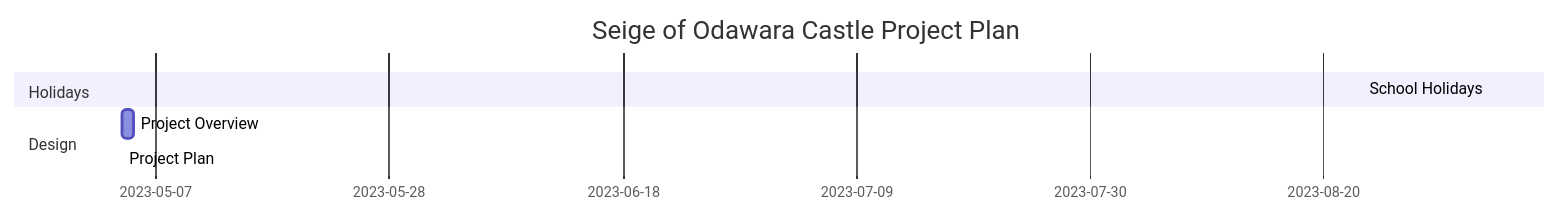
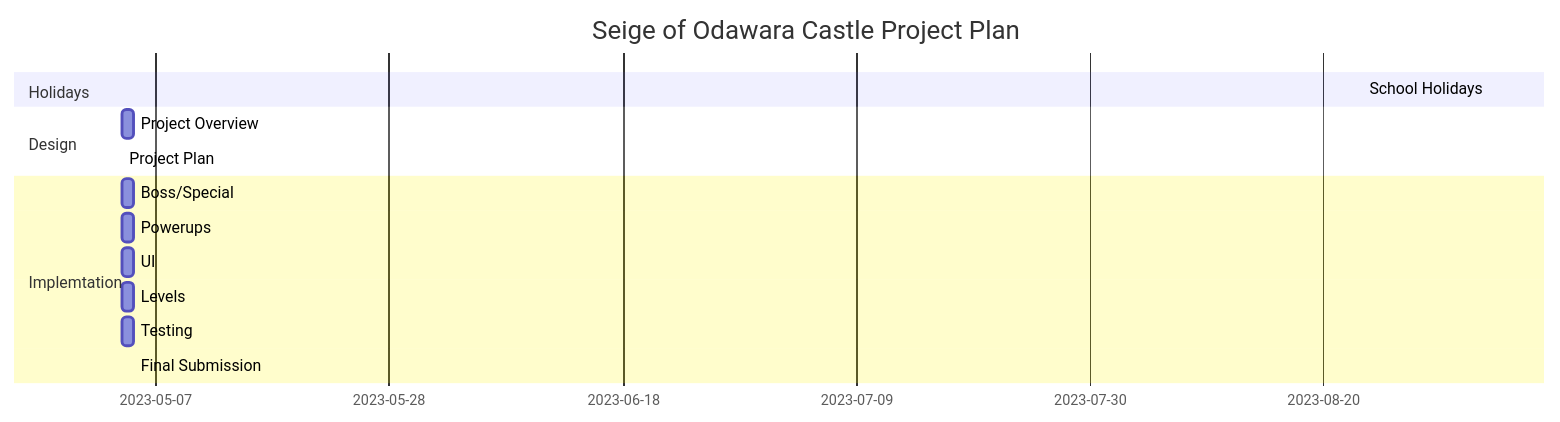
Before and after one commit to 0628222/Space-Invaders: the diagram in design.md, drawn with Mermaid.

Commit message:
time update

````diff
--- a/design.md
+++ b/design.md
@@ -24,14 +24,22 @@
 ```mermaid 
 gantt
     title Seige of Odawara Castle Project Plan
     dateFormat DD-MM-YY
     dateFormat %d-%B
     tickInterval 3week
     
     section Holidays 
     School Holidays:09-04-23, 22-04-23
 
     section Design 
     Project Overview:05-04-23, 1d
     Project Plan:05-04-23, 24-04-23
+
+    section Implemtation
+    Boss/Special:05-04-23, 1d
+    Powerups: 05-04-23, 1d
+    UI: 05-04-23, 1d
+    Levels: 05-04-23, 1d
+    Testing: 05-04-23, 1d
+    Final Submission: 07-06-23 1d
 ```
````
